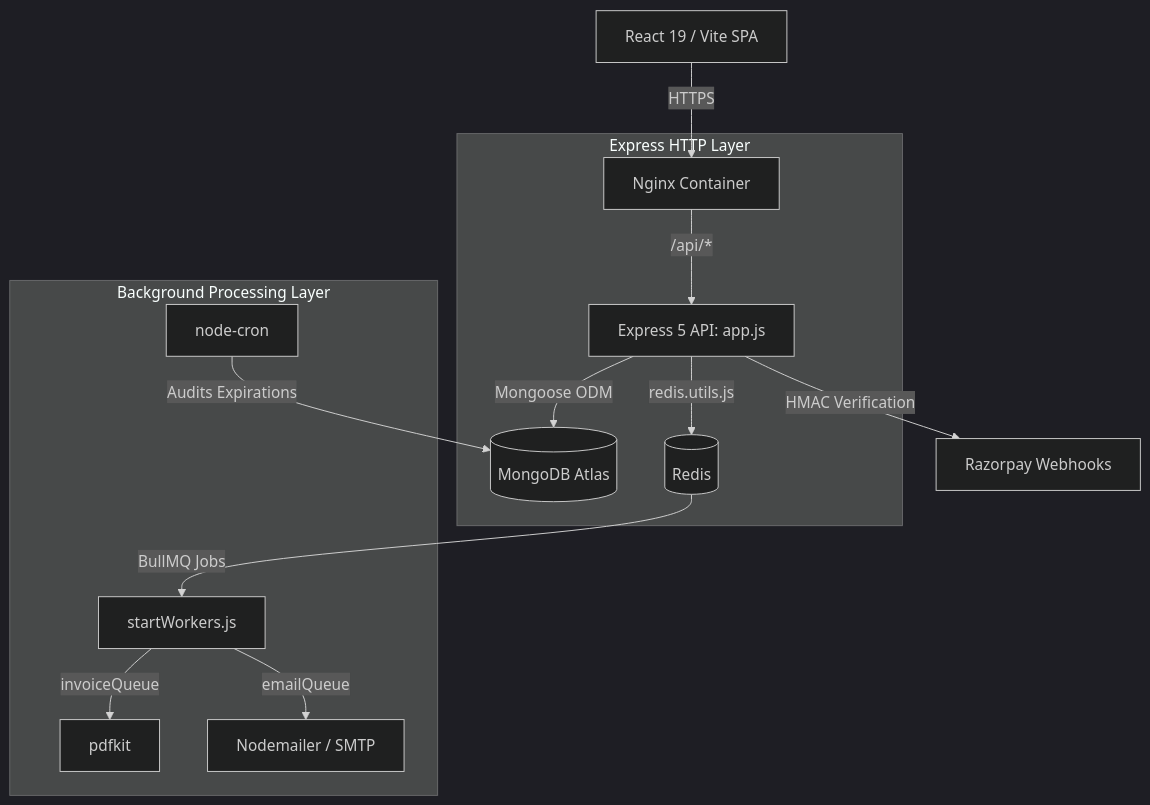
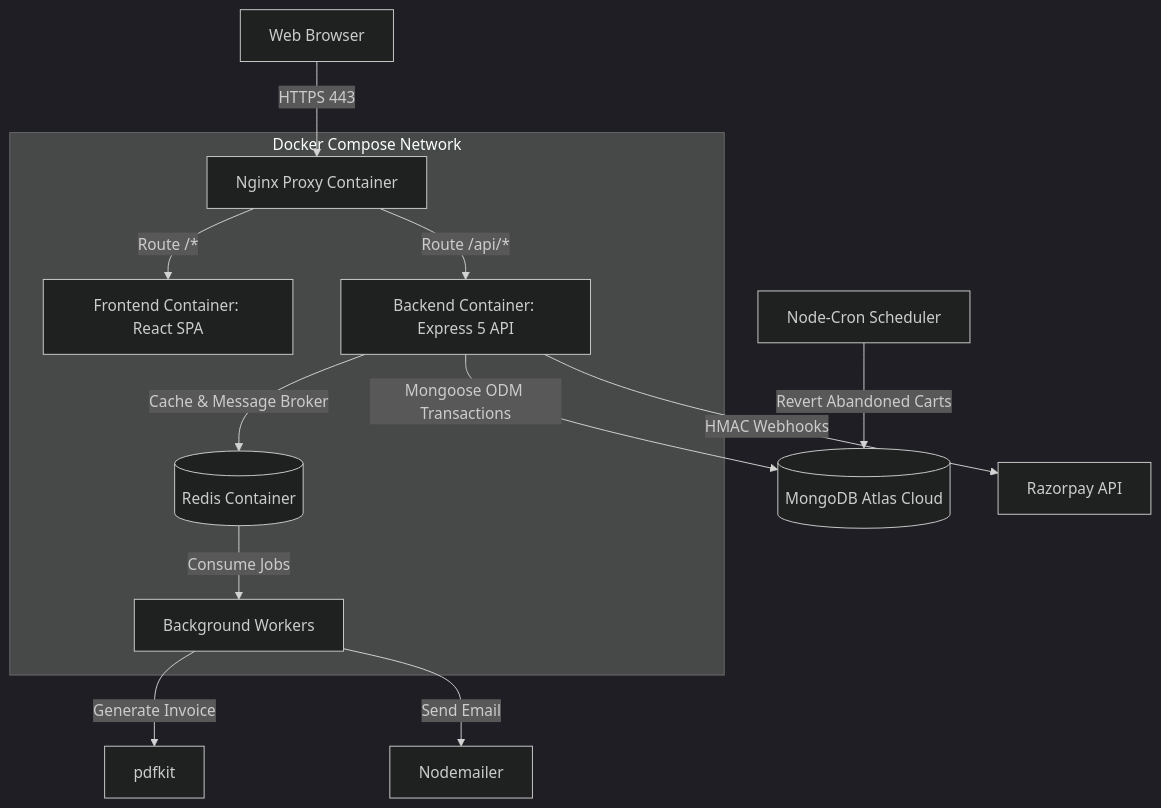
The diagram in readme.md (snmcodes99/MktHub), drawn with Mermaid (dark theme) before and after one commit. The commit also changed other lines of this file, not shown here.

Commit message:
docs: Add docker-compose.dev.yml step to local development setup in README

````diff
--- a/readme.md
+++ b/readme.md
@@ -52,19 +52,19 @@
 ```mermaid
 graph TD
-    Client[React 19 / Vite SPA] -->|HTTPS| Proxy[Nginx Container]
+    Client[Web Browser] -->|HTTPS 443| Nginx[Nginx Proxy Container]
     
-    subgraph Express HTTP Layer
-        Proxy -->|/api/*| API[Express 5 API: app.js]
-        API -->|Mongoose ODM| DB[(MongoDB Atlas)]
-        API -->|redis.utils.js| Cache[(Redis)]
+    subgraph Docker Compose Network
+        Nginx -->|Route /*| Frontend[Frontend Container: React SPA]
+        Nginx -->|Route /api/*| API[Backend Container: Express 5 API]
+        
+        API -->|Cache & Message Broker| Redis[(Redis Container)]
+        Redis -->|Consume Jobs| Workers[Background Workers]
     end
     
-    subgraph Background Processing Layer
-        Cache -->|BullMQ Jobs| Workers[startWorkers.js]
-        Workers -->|invoiceQueue| PDF[pdfkit]
-        Workers -->|emailQueue| SMTP[Nodemailer / SMTP]
-        Cron[node-cron] -->|Audits Expirations| DB
-    end
-
-    API -->|HMAC Verification| Razorpay[Razorpay Webhooks]
+    Workers -->|Generate Invoice| PDF[pdfkit]
+    Workers -->|Send Email| SMTP[Nodemailer]
+    
+    API -->|Mongoose ODM Transactions| DB[(MongoDB Atlas Cloud)]
+    Cron[Node-Cron Scheduler] -->|Revert Abandoned Carts| DB
+    API -->|HMAC Webhooks| Razorpay[Razorpay API]
 ```
````
